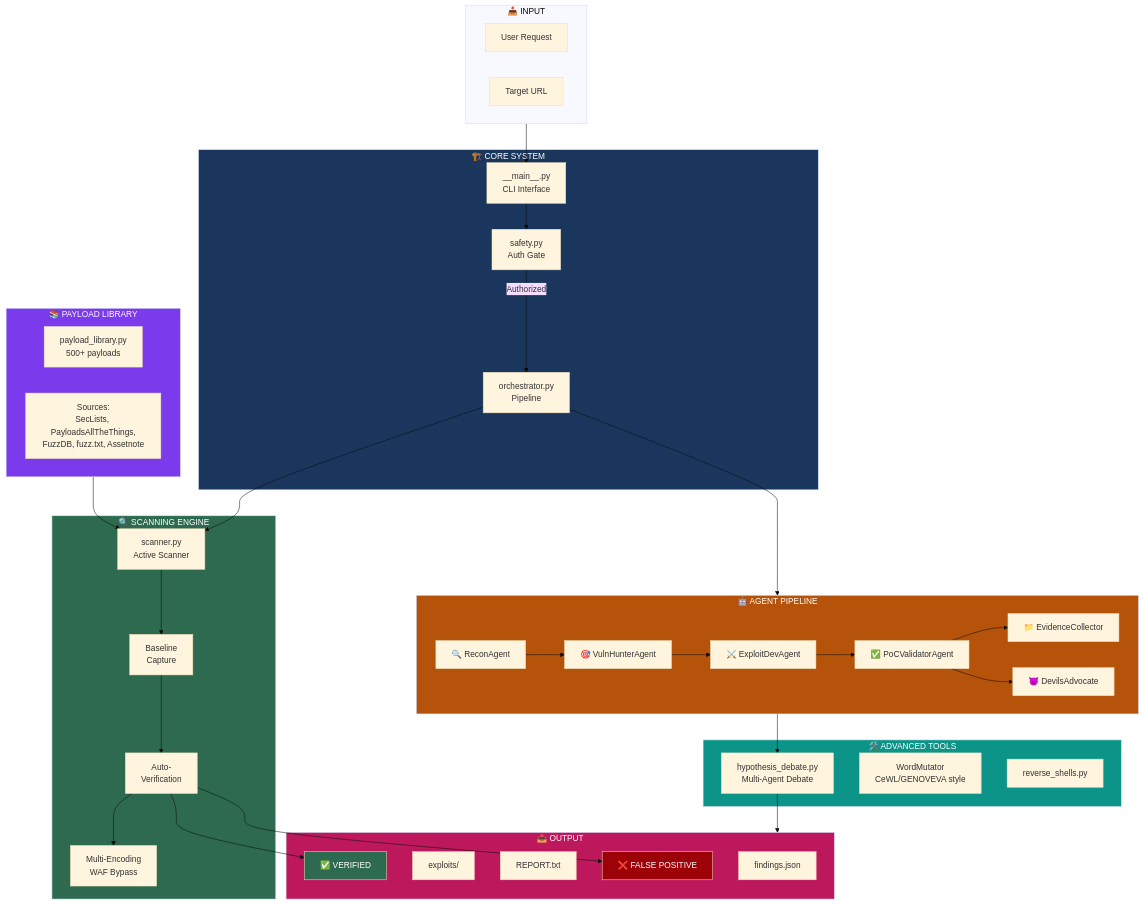
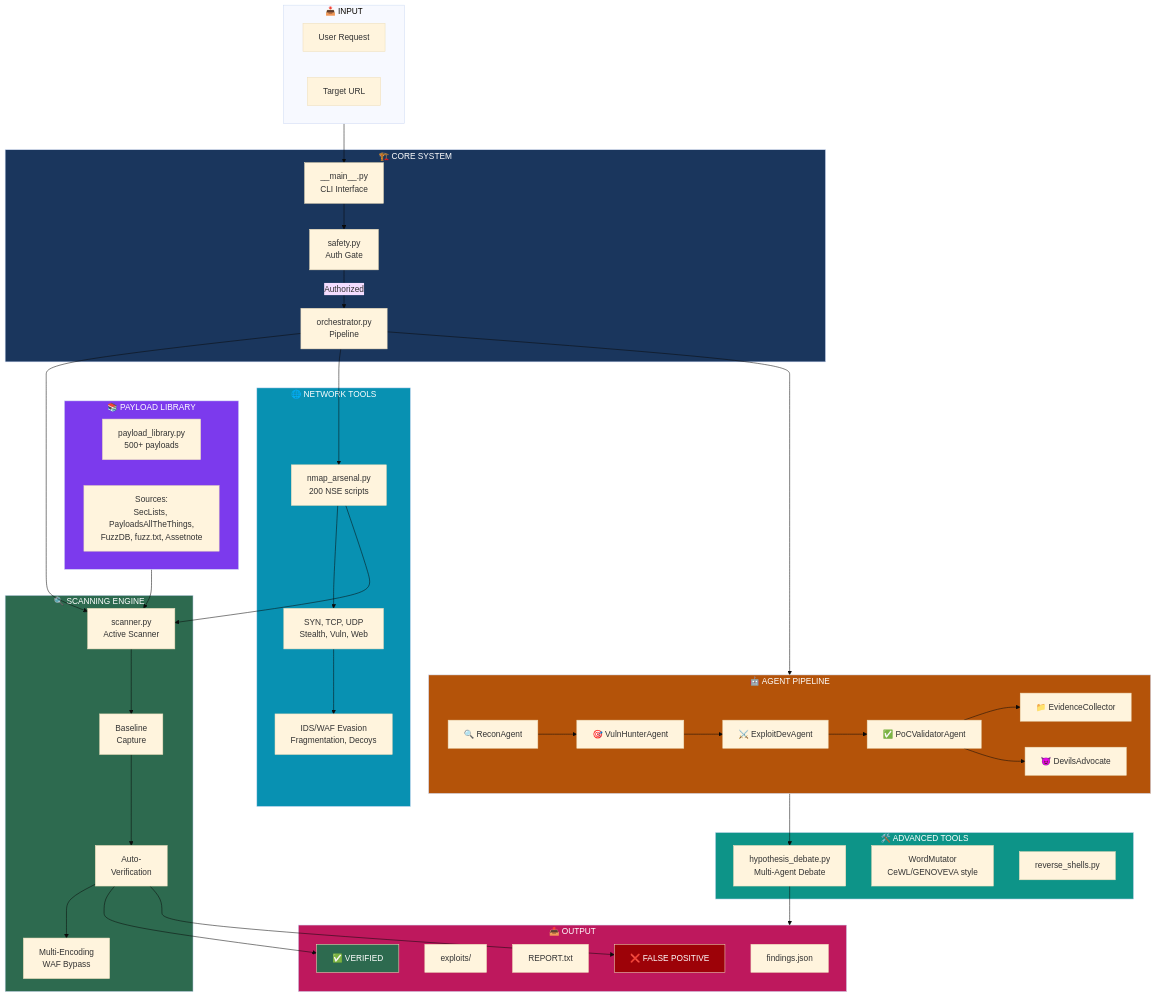
Before and after one commit to purwocode/AGENTIC: the first of 5 diagrams in README.md, drawn with Mermaid (base theme). The commit also changed other lines of this file, not shown here.

Commit message:
Add Nmap Arsenal to architecture diagram and structure
- Added NETWORK TOOLS subgraph in architecture diagram
- Shows nmap_arsenal.py with 200 NSE scripts
- Includes scan types (SYN, TCP, UDP, Stealth, Vuln, Web)
- Shows IDS/WAF evasion capabilities
- Updated structure section with nmap_arsenal.py

````diff
--- a/README.md
+++ b/README.md
@@ -72,71 +72,81 @@
 ```mermaid
 flowchart TB
     subgraph INPUT["📥 INPUT"]
         REQ["User Request"]
         TARGET["Target URL"]
     end
 
     subgraph CORE["🏗️ CORE SYSTEM"]
         CLI["__main__.py<br/>CLI Interface"]
         SAFETY["safety.py<br/>Auth Gate"]
         ORCH["orchestrator.py<br/>Pipeline"]
     end
 
     subgraph PAYLOADS["📚 PAYLOAD LIBRARY"]
         direction LR
         PL["payload_library.py<br/>500+ payloads"]
         SOURCES["Sources:<br/>SecLists, PayloadsAllTheThings,<br/>FuzzDB, fuzz.txt, Assetnote"]
     end
 
     subgraph SCANNING["🔍 SCANNING ENGINE"]
         SCANNER["scanner.py<br/>Active Scanner"]
         BASELINE["Baseline<br/>Capture"]
         VERIFY["Auto-<br/>Verification"]
         ENCODER["Multi-Encoding<br/>WAF Bypass"]
     end
 
     subgraph AGENTS["🤖 AGENT PIPELINE"]
         AG1["🔍 ReconAgent"]
         AG2["🎯 VulnHunterAgent"]
         AG3["⚔️ ExploitDevAgent"]
         AG4["✅ PoCValidatorAgent"]
         AG5["📁 EvidenceCollector"]
         AG6["👿 DevilsAdvocate"]
         AG1 --> AG2 --> AG3 --> AG4 --> AG5
         AG4 --> AG6
     end
 
     subgraph TOOLS["🛠️ ADVANCED TOOLS"]
         DEBATE["hypothesis_debate.py<br/>Multi-Agent Debate"]
         MUTATE["WordMutator<br/>CeWL/GENOVEVA style"]
         SHELL["reverse_shells.py"]
     end
 
+    subgraph NETWORK["🌐 NETWORK TOOLS"]
+        NMAP["nmap_arsenal.py<br/>200 NSE scripts"]
+        SCANS["SYN, TCP, UDP<br/>Stealth, Vuln, Web"]
+        EVASION["IDS/WAF Evasion<br/>Fragmentation, Decoys"]
+    end
+
     subgraph OUTPUT["📤 OUTPUT"]
         FINDINGS["findings.json"]
         EXPLOITS["exploits/"]
         REPORT["REPORT.txt"]
         VERIFIED["✅ VERIFIED"]
         FP["❌ FALSE POSITIVE"]
     end
 
     INPUT --> CLI --> SAFETY
     SAFETY -->|Authorized| ORCH
     PAYLOADS --> SCANNER
     ORCH --> SCANNER
     SCANNER --> BASELINE --> VERIFY --> ENCODER
     ORCH --> AGENTS
     AGENTS --> DEBATE
     DEBATE --> OUTPUT
+    ORCH --> NMAP
+    NMAP --> SCANS --> EVASION
+    NMAP --> SCANNER
     VERIFY --> VERIFIED
     VERIFY --> FP
 
     style CORE fill:#1a365d,color:#fff
     style PAYLOADS fill:#7c3aed,color:#fff
     style SCANNING fill:#2d6a4f,color:#fff
     style AGENTS fill:#b45309,color:#fff
     style TOOLS fill:#0d9488,color:#fff
     style OUTPUT fill:#be185d,color:#fff
     style VERIFIED fill:#2d6a4f,color:#fff
     style FP fill:#9d0208,color:#fff
+    style NETWORK fill:#0891b2,color:#fff
 ```
````
